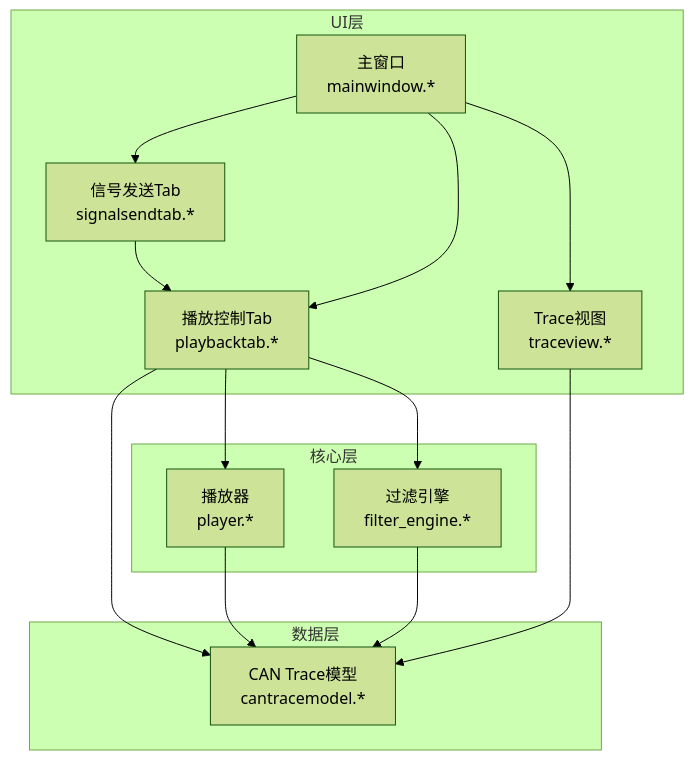
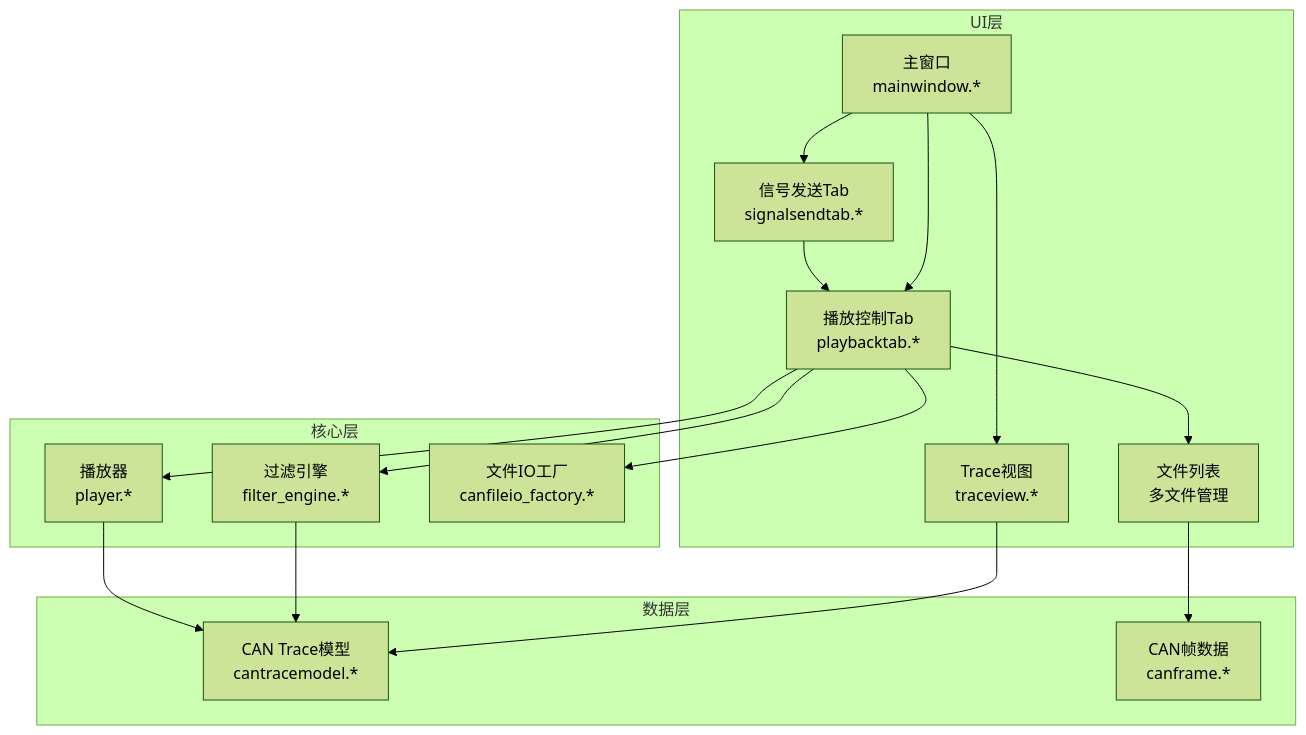
Before and after one commit to jakecai1225-design/OpenBus: the first of 7 diagrams in .qoder/repowiki/zh/content/架构设计/UI系统设计/播放控制Tab组件.md, drawn with Mermaid (forest theme). The commit also changed other lines of this file and 15 other files, not shown here.

````diff
--- a/.qoder/repowiki/zh/content/架构设计/UI系统设计/播放控制Tab组件.md
+++ b/.qoder/repowiki/zh/content/架构设计/UI系统设计/播放控制Tab组件.md
@@ -52,26 +56,31 @@
 ```mermaid
 graph TB
 subgraph "UI层"
 PlaybackTab["播放控制Tab<br/>playbacktab.*"]
 SignalSendTab["信号发送Tab<br/>signalsendtab.*"]
 MainWindow["主窗口<br/>mainwindow.*"]
 TraceView["Trace视图<br/>traceview.*"]
+FileList["文件列表<br/>多文件管理"]
 end
 subgraph "核心层"
 Player["播放器<br/>player.*"]
 FilterEngine["过滤引擎<br/>filter_engine.*"]
+FileIOFactory["文件IO工厂<br/>canfileio_factory.*"]
 end
 subgraph "数据层"
 TraceModel["CAN Trace模型<br/>cantracemodel.*"]
+CanFrame["CAN帧数据<br/>canframe.*"]
 end
 PlaybackTab --> Player
 PlaybackTab --> FilterEngine
-PlaybackTab --> TraceModel
+PlaybackTab --> FileList
+PlaybackTab --> FileIOFactory
 SignalSendTab --> PlaybackTab
 MainWindow --> PlaybackTab
 MainWindow --> SignalSendTab
 MainWindow --> TraceView
 Player --> TraceModel
 FilterEngine --> TraceModel
 TraceView --> TraceModel
+FileList --> CanFrame
 ```
````
